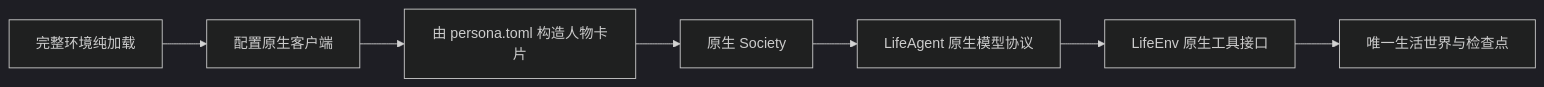
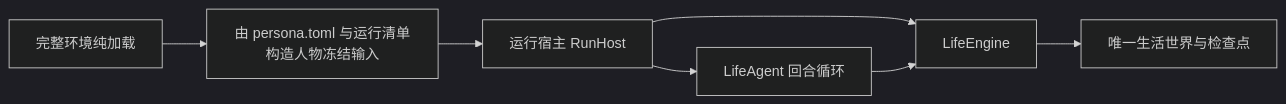
The diagram in docs/design/10-runtime.md (HoldThatThgt/WorldMock), drawn with Mermaid (dark theme) before and after one commit. The commit also changed other lines of this file and 12 other files, not shown here.

````diff
--- a/docs/design/10-runtime.md
+++ b/docs/design/10-runtime.md
@@ -10,9 +11,9 @@
 ```mermaid
 flowchart LR
-    Inputs[完整环境纯加载] --> Config[配置原生客户端]
-    Config --> Profile[由 persona.toml 构造人物卡片]
-    Profile --> Society[原生 Society]
-    Society --> Agent[LifeAgent 原生模型协议]
-    Agent --> Environment[LifeEnv 原生工具接口]
-    Environment --> State[唯一生活世界与检查点]
+    Inputs[完整环境纯加载] --> Profile[由 persona.toml 与运行清单构造人物冻结输入]
+    Profile --> Host[运行宿主 RunHost]
+    Host --> Agent[LifeAgent 回合循环]
+    Host --> Engine[LifeEngine]
+    Agent --> Engine
+    Engine --> State[唯一生活世界与检查点]
 ```
````
